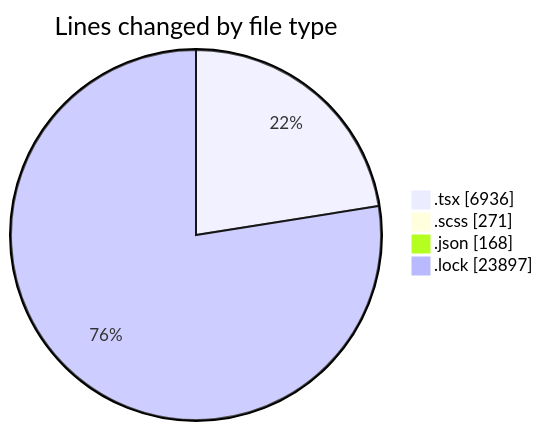
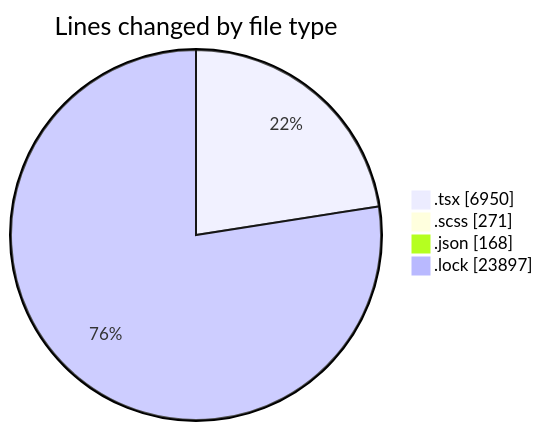
One commit to momahboobian/code-tracking changed the first of 2 diagrams in 2025-11-18/cda/README.md. Above: the diagram before and after it, drawn with Mermaid. The commit also changed other lines of this file and 1 other file, not shown here.

````diff
--- a/2025-11-18/cda/README.md
+++ b/2025-11-18/cda/README.md
@@ -34,8 +34,8 @@
 ```mermaid
 pie showData
 title Lines changed by file type
-".tsx" : 6936
+".tsx" : 6950
 ".scss" : 271
 ".json" : 168
 ".lock" : 23897
 ```
````
